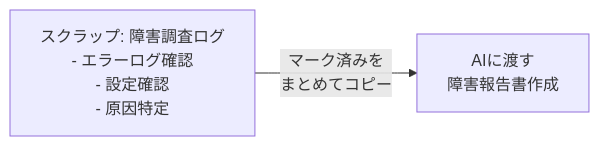
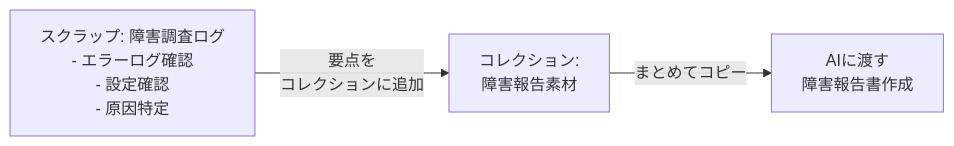
Before and after one commit to snyt45/zen-scrap: the second of 3 diagrams in README.md, drawn with Mermaid. The commit also changed other lines of this file and 1 other file, not shown here.

````diff
--- a/README.md
+++ b/README.md
@@ -36,4 +36,5 @@
 ```mermaid
 graph LR
-  A["スクラップ: 障害調査ログ<br/>- エラーログ確認<br/>- 設定確認<br/>- 原因特定"] -->|マーク済みを<br/>まとめてコピー| B["AIに渡す<br/>障害報告書作成"]
+  A["スクラップ: 障害調査ログ<br/>- エラーログ確認<br/>- 設定確認<br/>- 原因特定"] -->|要点を<br/>コレクションに追加| B["コレクション:<br/>障害報告素材"]
+  B -->|まとめてコピー| C["AIに渡す<br/>障害報告書作成"]
 ```
````
